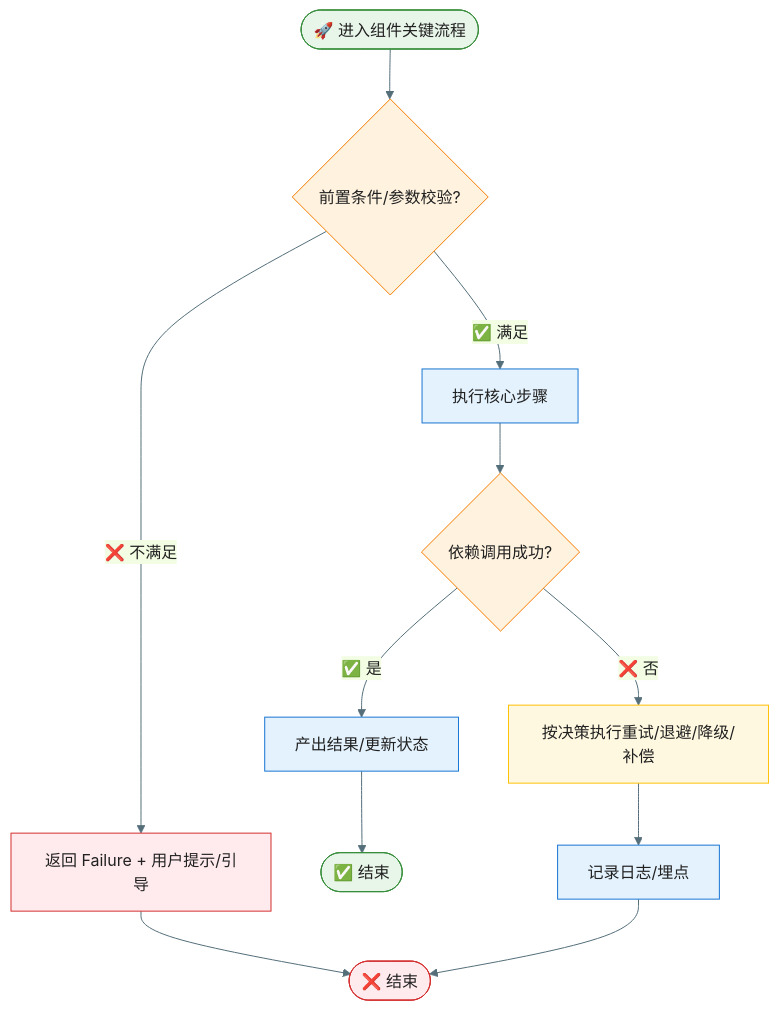
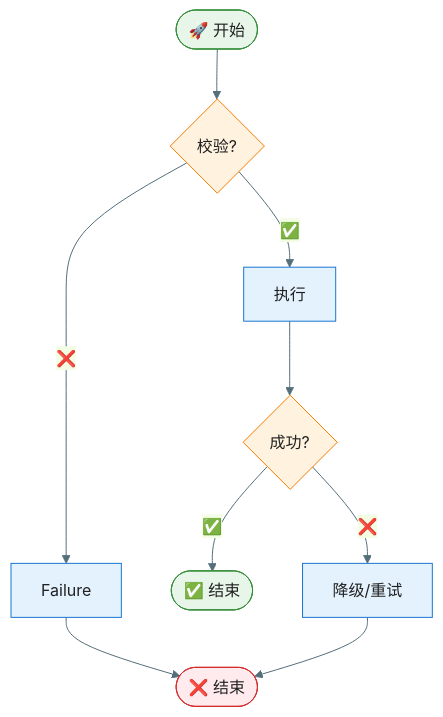
One commit to jackykarma/Verity changed the ninth of 11 diagrams in .specify/templates/plan-template.md. Above: the diagram before and after it, drawn with Mermaid. The commit also changed other lines of this file and 9 other files, not shown here.

````diff
--- a/.specify/templates/plan-template.md
+++ b/.specify/templates/plan-template.md
@@ -503,26 +498,18 @@
 ```mermaid
 %%{init: {'theme': 'base', 'themeVariables': { 'primaryColor': '#E3F2FD', 'primaryTextColor': '#212121', 'primaryBorderColor': '#1976D2', 'lineColor': '#546E7A'}}}%%
 flowchart TD
-    Start([🚀 进入组件关键流程]) --> CheckPre{前置条件/参数校验?}
-    
-    CheckPre -->|❌ 不满足| Fail[返回 Failure + 用户提示/引导]
+    Start([🚀 开始]) --> Check{校验?}
+    Check -->|❌| Fail[Failure]
     Fail --> EndFail([❌ 结束])
-    
-    CheckPre -->|✅ 满足| Execute[执行核心步骤]
-    Execute --> CheckDep{依赖调用成功?}
-    
-    CheckDep -->|✅ 是| Result[产出结果/更新状态]
-    Result --> EndSuccess([✅ 结束])
-    
-    CheckDep -->|❌ 否| Handle[按决策执行重试/退避/降级/补偿]
-    Handle --> Log[记录日志/埋点]
-    Log --> EndFail
+    Check -->|✅| Execute[执行]
+    Execute --> Result{成功?}
+    Result -->|✅| EndOK([✅ 结束])
+    Result -->|❌| Handle[降级/重试]
+    Handle --> EndFail
 
     style Start fill:#E8F5E9,stroke:#388E3C
-    style EndSuccess fill:#E8F5E9,stroke:#388E3C
+    style EndOK fill:#E8F5E9,stroke:#388E3C
     style EndFail fill:#FFEBEE,stroke:#D32F2F
-    style CheckPre fill:#FFF3E0,stroke:#F57C00
-    style CheckDep fill:#FFF3E0,stroke:#F57C00
-    style Fail fill:#FFEBEE,stroke:#D32F2F
-    style Handle fill:#FFF8E1,stroke:#FFC107
+    style Check fill:#FFF3E0,stroke:#F57C00
+    style Result fill:#FFF3E0,stroke:#F57C00
 ```
````
